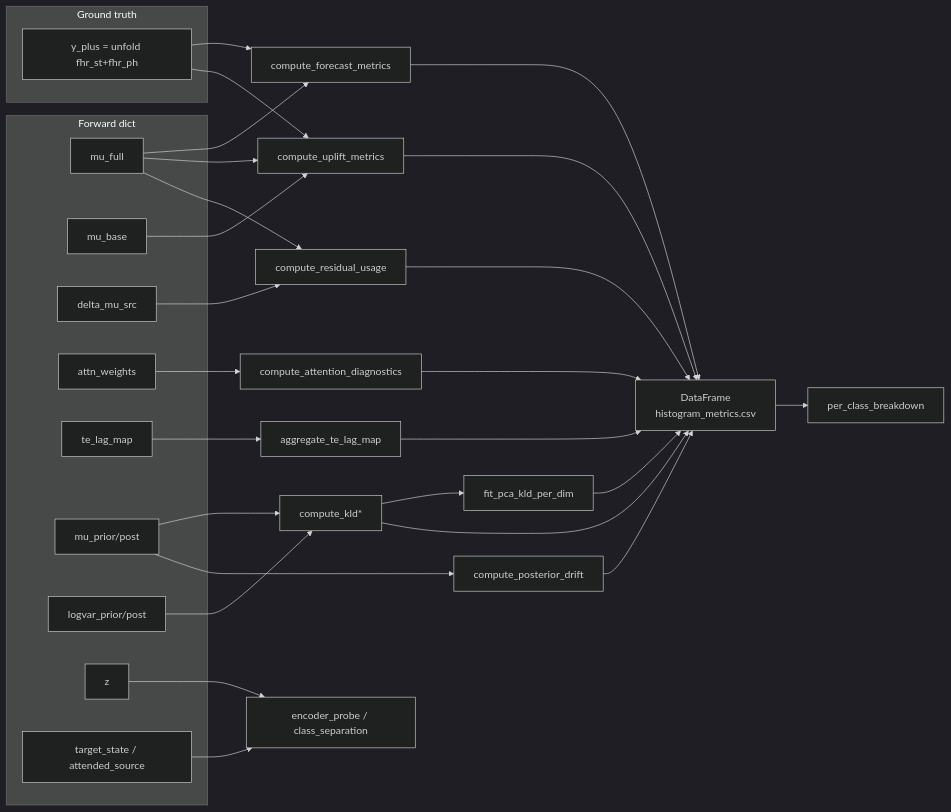
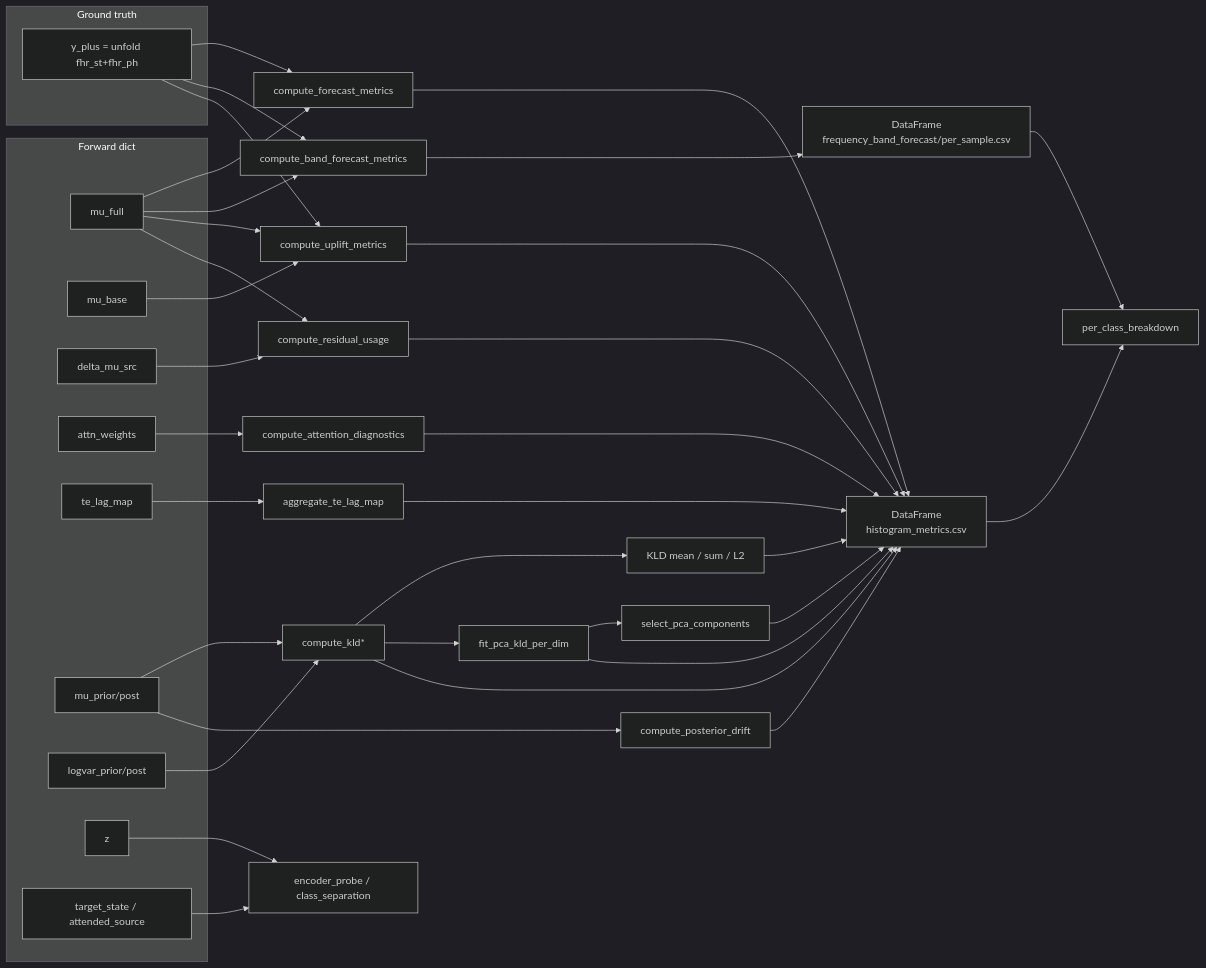
One commit to Mahdi-Si/VAE-TEB changed the second of 2 diagrams in model/vae_teb_prediction/testing/TESTING_PIPELINE_ARCHITECTURE.md. Above: the diagram before and after it, drawn with Mermaid (dark theme). The commit also changed other lines of this file and 16 other files, not shown here.

````diff
--- a/model/vae_teb_prediction/testing/TESTING_PIPELINE_ARCHITECTURE.md
+++ b/model/vae_teb_prediction/testing/TESTING_PIPELINE_ARCHITECTURE.md
@@ -995,31 +1148,35 @@
 ```mermaid
 flowchart LR
     subgraph Forward["Forward dict"]
         MF[mu_full]
         MB[mu_base]
         DS[delta_mu_src]
         AT[attn_weights]
         TL[te_lag_map]
         MP[mu_prior/post]
         LV[logvar_prior/post]
         ZZ[z]
         TS[target_state / attended_source]
     end
 
     subgraph GT["Ground truth"]
         YP[y_plus = unfold fhr_st+fhr_ph]
     end
 
     MF & YP --> FC[compute_forecast_metrics]
+    MF & YP --> FCB[compute_band_forecast_metrics]
     MF & MB & YP --> UP[compute_uplift_metrics]
     DS & MF --> RU[compute_residual_usage]
     AT --> AD[compute_attention_diagnostics]
     TL --> TA[aggregate_te_lag_map]
     MP & LV --> KL[compute_kld*]
     MP --> PD[compute_posterior_drift]
+    KL --> AGG[KLD mean / sum / L2]
     KL --> PCA[fit_pca_kld_per_dim]
+    PCA --> SEL[select_pca_components]
     ZZ & TS --> EP[encoder_probe / class_separation]
 
-    FC & UP & RU & KL & PD & AD & TA & PCA --> DF[DataFrame\nhistogram_metrics.csv]
-    DF --> PCB[per_class_breakdown]
+    FC & UP & RU & AGG & KL & PD & AD & TA & PCA & SEL --> DF[DataFrame\nhistogram_metrics.csv]
+    FCB --> BAND_DF[DataFrame\nfrequency_band_forecast/per_sample.csv]
+    DF & BAND_DF --> PCB[per_class_breakdown]
 ```
````
